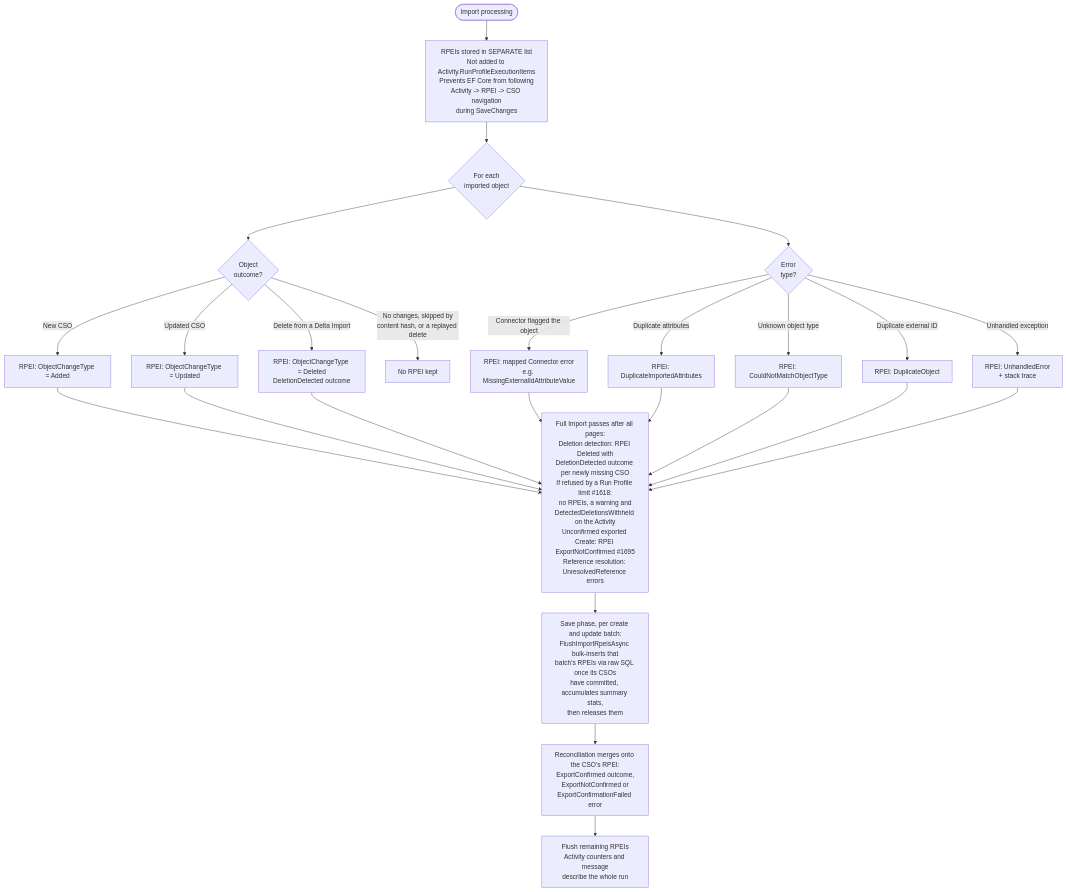
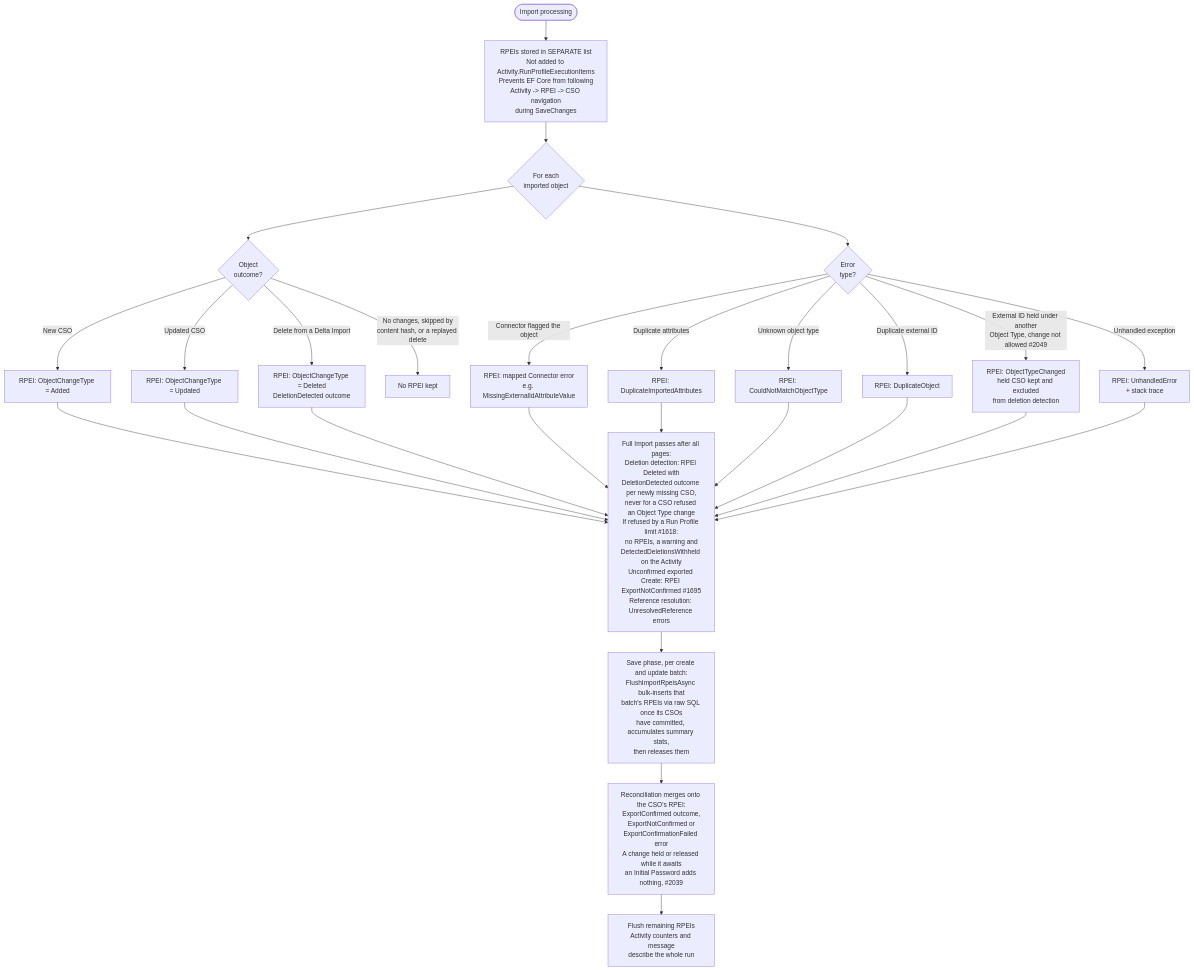
The second of 6 diagrams in docs/developer/diagrams/ACTIVITY_AND_RPEI_FLOW.md (TetronIO/JIM), drawn with Mermaid before and after one commit. The commit also changed other lines of this file and 172 other files, not shown here.

First line of the commit message:
LDAP: refuse Object Type changes, create Active Directory accounts with an Initial Password, and fix partly applied membership exports (#2110)

````diff
--- a/docs/developer/diagrams/ACTIVITY_AND_RPEI_FLOW.md
+++ b/docs/developer/diagrams/ACTIVITY_AND_RPEI_FLOW.md
@@ -74,33 +74,35 @@
 ```mermaid
 flowchart TD
     ImportStart([Import processing]) --> SeparateList[RPEIs stored in SEPARATE list<br/>Not added to Activity.RunProfileExecutionItems<br/>Prevents EF Core from following<br/>Activity -> RPEI -> CSO navigation<br/>during SaveChanges]
 
     SeparateList --> PerObject{For each<br/>imported object}
 
     PerObject --> Success{Object<br/>outcome?}
     Success -->|New CSO| AddedRPEI[RPEI: ObjectChangeType = Added]
     Success -->|Updated CSO| UpdatedRPEI[RPEI: ObjectChangeType = Updated]
     Success -->|Delete from a Delta Import| DeletedRPEI[RPEI: ObjectChangeType = Deleted<br/>DeletionDetected outcome]
     Success -->|No changes, skipped by<br/>content hash, or a replayed delete| NoRPEI[No RPEI kept]
 
     PerObject --> Error{Error<br/>type?}
     Error -->|Connector flagged the object| ConnRPEI[RPEI: mapped Connector error<br/>e.g. MissingExternalIdAttributeValue]
     Error -->|Duplicate attributes| DupAttrRPEI[RPEI: DuplicateImportedAttributes]
     Error -->|Unknown object type| TypeRPEI[RPEI: CouldNotMatchObjectType]
     Error -->|Duplicate external ID| DupObjRPEI[RPEI: DuplicateObject]
+    Error -->|External ID held under another<br/>Object Type, change not allowed #2049| TypeChangedRPEI[RPEI: ObjectTypeChanged<br/>held CSO kept and excluded<br/>from deletion detection]
     Error -->|Unhandled exception| UnhandledRPEI[RPEI: UnhandledError<br/>+ stack trace]
 
     AddedRPEI --> PostPasses
     UpdatedRPEI --> PostPasses
     DeletedRPEI --> PostPasses
     ConnRPEI --> PostPasses
     DupAttrRPEI --> PostPasses
     TypeRPEI --> PostPasses
     DupObjRPEI --> PostPasses
+    TypeChangedRPEI --> PostPasses
     UnhandledRPEI --> PostPasses
 
-    PostPasses[Full Import passes after all pages:<br/>Deletion detection: RPEI Deleted with<br/>DeletionDetected outcome per newly missing CSO<br/>If refused by a Run Profile limit #1618:<br/>no RPEIs, a warning and<br/>DetectedDeletionsWithheld on the Activity<br/>Unconfirmed exported Create: RPEI ExportNotConfirmed #1695<br/>Reference resolution: UnresolvedReference errors]
+    PostPasses[Full Import passes after all pages:<br/>Deletion detection: RPEI Deleted with<br/>DeletionDetected outcome per newly missing CSO,<br/>never for a CSO refused an Object Type change<br/>If refused by a Run Profile limit #1618:<br/>no RPEIs, a warning and<br/>DetectedDeletionsWithheld on the Activity<br/>Unconfirmed exported Create: RPEI ExportNotConfirmed #1695<br/>Reference resolution: UnresolvedReference errors]
     PostPasses --> Batches[Save phase, per create and update batch:<br/>FlushImportRpeisAsync bulk-inserts that<br/>batch's RPEIs via raw SQL once its CSOs<br/>have committed, accumulates summary stats,<br/>then releases them]
-    Batches --> Reconcile[Reconciliation merges onto the CSO's RPEI:<br/>ExportConfirmed outcome,<br/>ExportNotConfirmed or<br/>ExportConfirmationFailed error]
+    Batches --> Reconcile[Reconciliation merges onto the CSO's RPEI:<br/>ExportConfirmed outcome,<br/>ExportNotConfirmed or<br/>ExportConfirmationFailed error<br/>A change held or released while it awaits<br/>an Initial Password adds nothing, #2039]
     Reconcile --> FinalFlush[Flush remaining RPEIs<br/>Activity counters and message<br/>describe the whole run]
 ```
````
